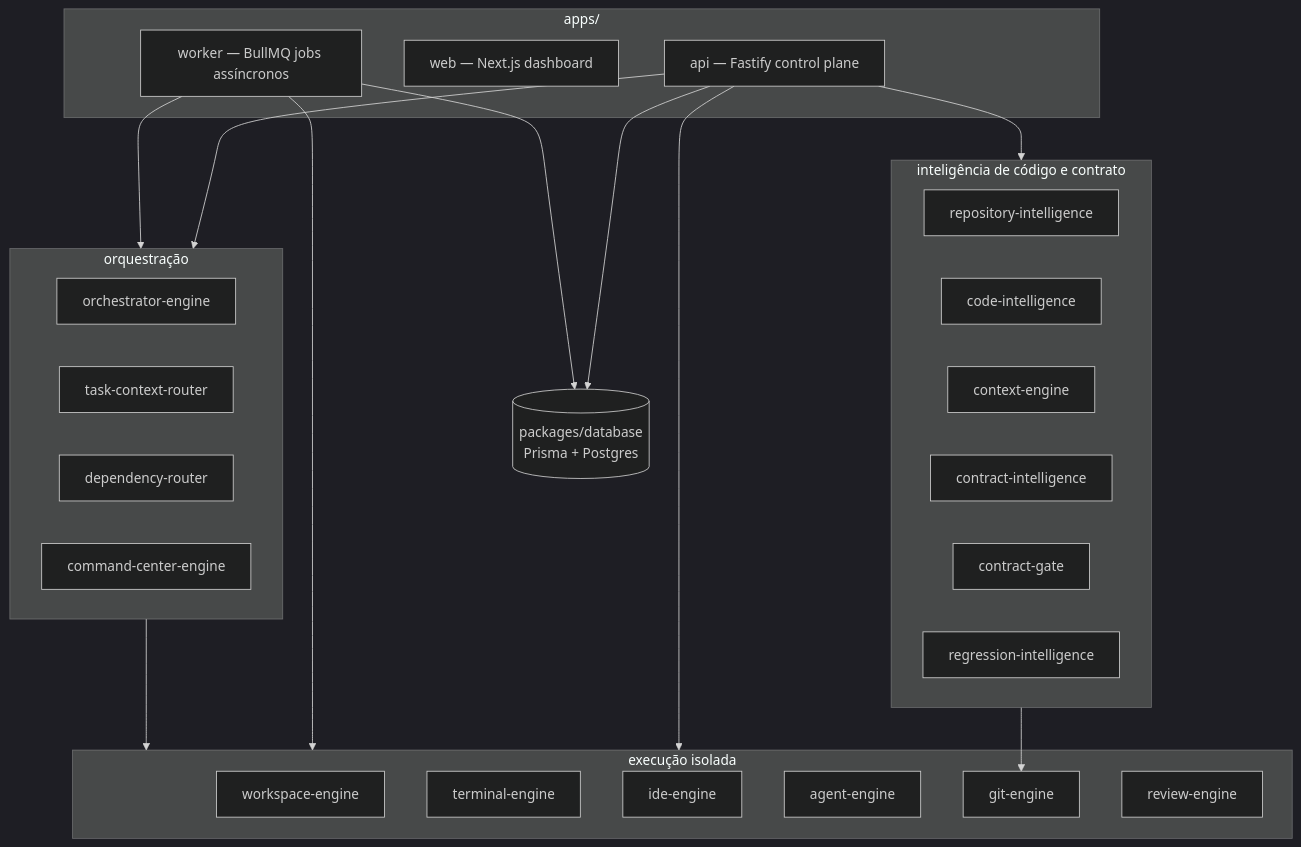
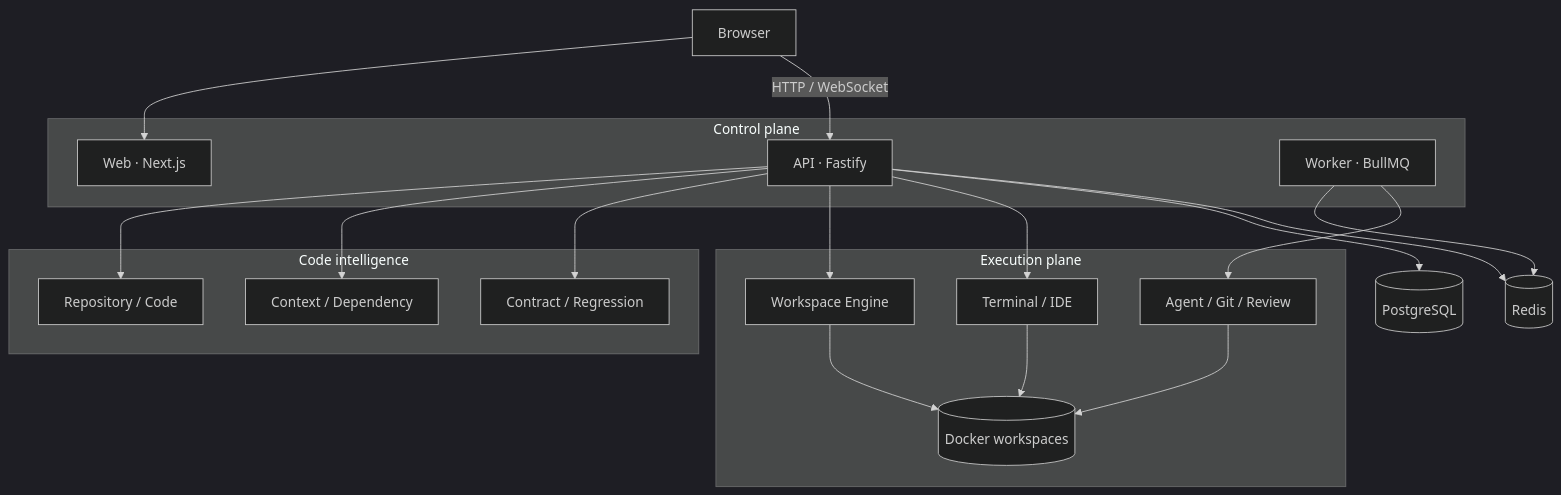
Before and after one commit to RobersonCodes/Oliveira-DevClaud: the first of 3 diagrams in README.md, drawn with Mermaid (dark theme). The commit also changed other lines of this file, not shown here.

````diff
--- a/README.md
+++ b/README.md
@@ -89,41 +40,37 @@
 ```mermaid
-graph TB
-  subgraph apps["apps/"]
-    api["api — Fastify control plane"]
-    web["web — Next.js dashboard"]
-    worker["worker — BullMQ jobs assíncronos"]
+flowchart TB
+  browser["Browser"] --> web["Web · Next.js"]
+  browser -->|"HTTP / WebSocket"| api["API · Fastify"]
+
+  subgraph control["Control plane"]
+    web
+    api
+    worker["Worker · BullMQ"]
   end
-  subgraph intelligence["inteligência de código e contrato"]
-    repoint["repository-intelligence"]
-    codeint["code-intelligence"]
-    ctxeng["context-engine"]
-    ctrint["contract-intelligence"]
-    ctrgate["contract-gate"]
-    regint["regression-intelligence"]
+
+  subgraph intelligence["Code intelligence"]
+    repository["Repository / Code"]
+    context["Context / Dependency"]
+    contracts["Contract / Regression"]
   end
-  subgraph runtime["execução isolada"]
-    wseng["workspace-engine"]
-    termeng["terminal-engine"]
-    ideeng["ide-engine"]
-    agenteng["agent-engine"]
-    giteng["git-engine"]
-    revieweng["review-engine"]
+
+  subgraph execution["Execution plane"]
+    workspace["Workspace Engine"]
+    terminal["Terminal / IDE"]
+    agents["Agent / Git / Review"]
+    containers[("Docker workspaces")]
   end
-  subgraph orch["orquestração"]
-    orcheng["orchestrator-engine"]
-    taskctx["task-context-router"]
-    depr["dependency-router"]
-    cmdctr["command-center-engine"]
-  end
-  db[("packages/database\nPrisma + Postgres")]
 
-  api --> runtime
-  api --> intelligence
-  api --> orch
-  worker --> orch
-  worker --> runtime
-  orch --> runtime
-  intelligence --> giteng
-  api --> db
-  worker --> db
+  api --> repository
+  api --> context
+  api --> contracts
+  api --> workspace
+  api --> terminal
+  api --> postgres[("PostgreSQL")]
+  api --> redis[("Redis")]
+  worker --> redis
+  worker --> agents
+  workspace --> containers
+  terminal --> containers
+  agents --> containers
 ```
````
